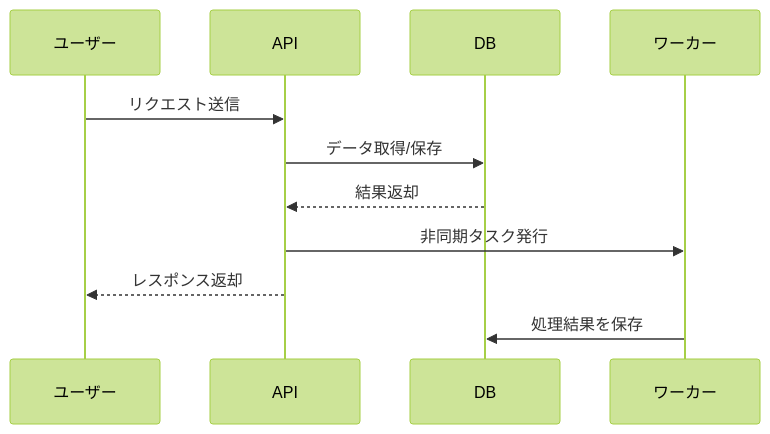
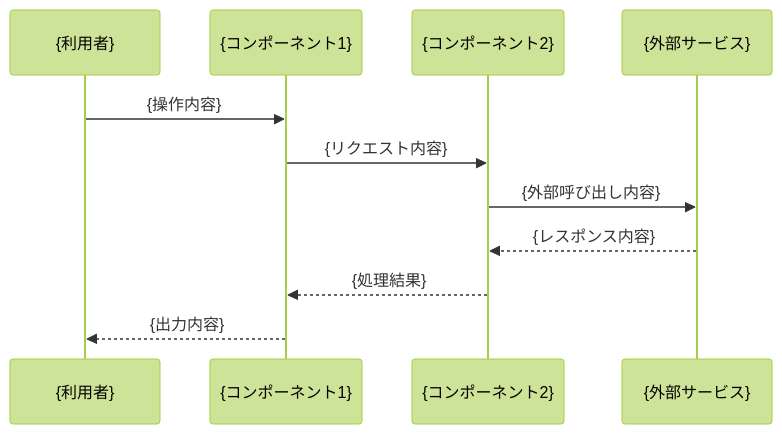
One commit to masayaWada/ops-tool-blueprint changed the second of 3 diagrams in docs/dev/architecture.md. Above: the diagram before and after it, drawn with Mermaid (forest theme). The commit also changed other lines of this file and 9 other files, not shown here.

````diff
--- a/docs/dev/architecture.md
+++ b/docs/dev/architecture.md
@@ -49,14 +37,14 @@
 ```mermaid
 sequenceDiagram
-    participant U as ユーザー
-    participant A as API
-    participant D as DB
-    participant W as ワーカー
+    participant U as {利用者}
+    participant A as {コンポーネント1}
+    participant B as {コンポーネント2}
+    participant C as {外部サービス}
 
-    U->>A: リクエスト送信
-    A->>D: データ取得/保存
-    D-->>A: 結果返却
-    A->>W: 非同期タスク発行
-    A-->>U: レスポンス返却
-    W->>D: 処理結果を保存
+    U->>A: {操作内容}
+    A->>B: {リクエスト内容}
+    B->>C: {外部呼び出し内容}
+    C-->>B: {レスポンス内容}
+    B-->>A: {処理結果}
+    A-->>U: {出力内容}
 ```
````
